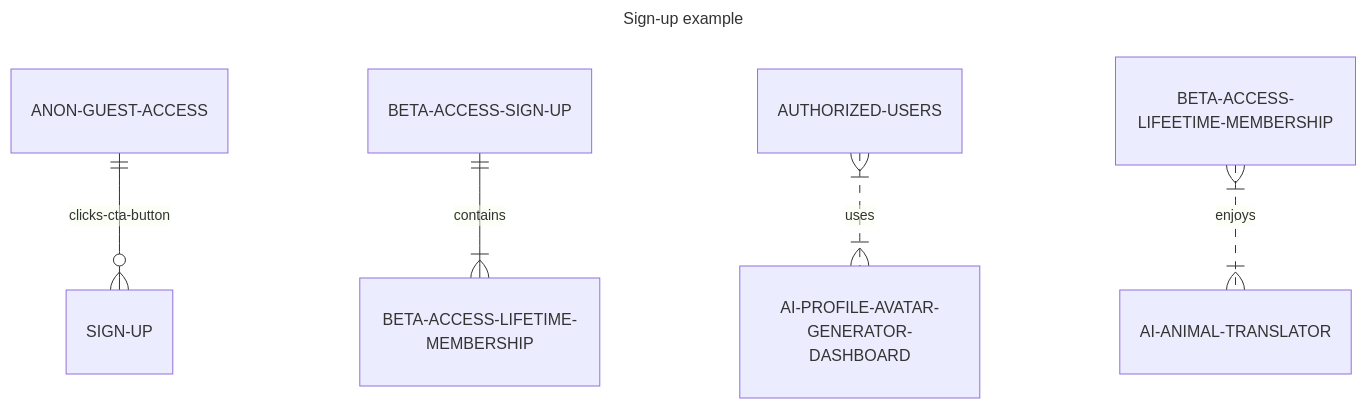
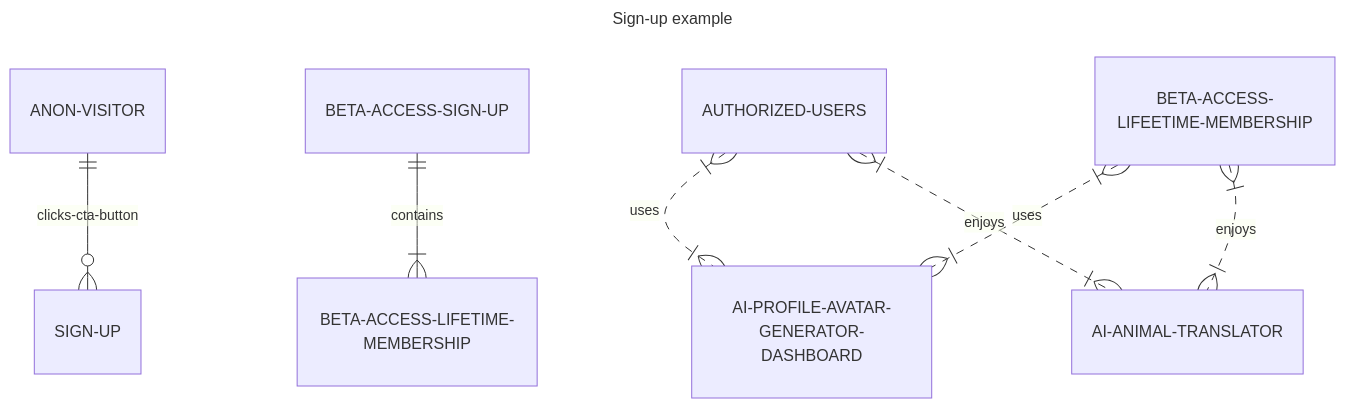
Before and after one commit to WrappedUsername/doggy-decoder-jac: the third of 3 diagrams in README.md, drawn with Mermaid.

Commit message:
Configuring files - Keefe

````diff
--- a/README.md
+++ b/README.md
@@ -79,10 +79,12 @@
 ```mermaid
 ---
 title: Sign-up example
 ---
 erDiagram
-    ANON-GUEST-ACCESS ||--o{ SIGN-UP : clicks-cta-button
+    ANON-VISITOR ||--o{ SIGN-UP : clicks-cta-button
     BETA-ACCESS-SIGN-UP ||--|{ BETA-ACCESS-LIFETIME-MEMBERSHIP : contains
     AUTHORIZED-USERS }|..|{ AI-PROFILE-AVATAR-GENERATOR-DASHBOARD : uses
+    BETA-ACCESS-LIFEETIME-MEMBERSHIP }|..|{ AI-PROFILE-AVATAR-GENERATOR-DASHBOARD : uses
     BETA-ACCESS-LIFEETIME-MEMBERSHIP }|..|{ AI-ANIMAL-TRANSLATOR : enjoys
+    AUTHORIZED-USERS }|..|{ AI-ANIMAL-TRANSLATOR : enjoys
 ```
````
